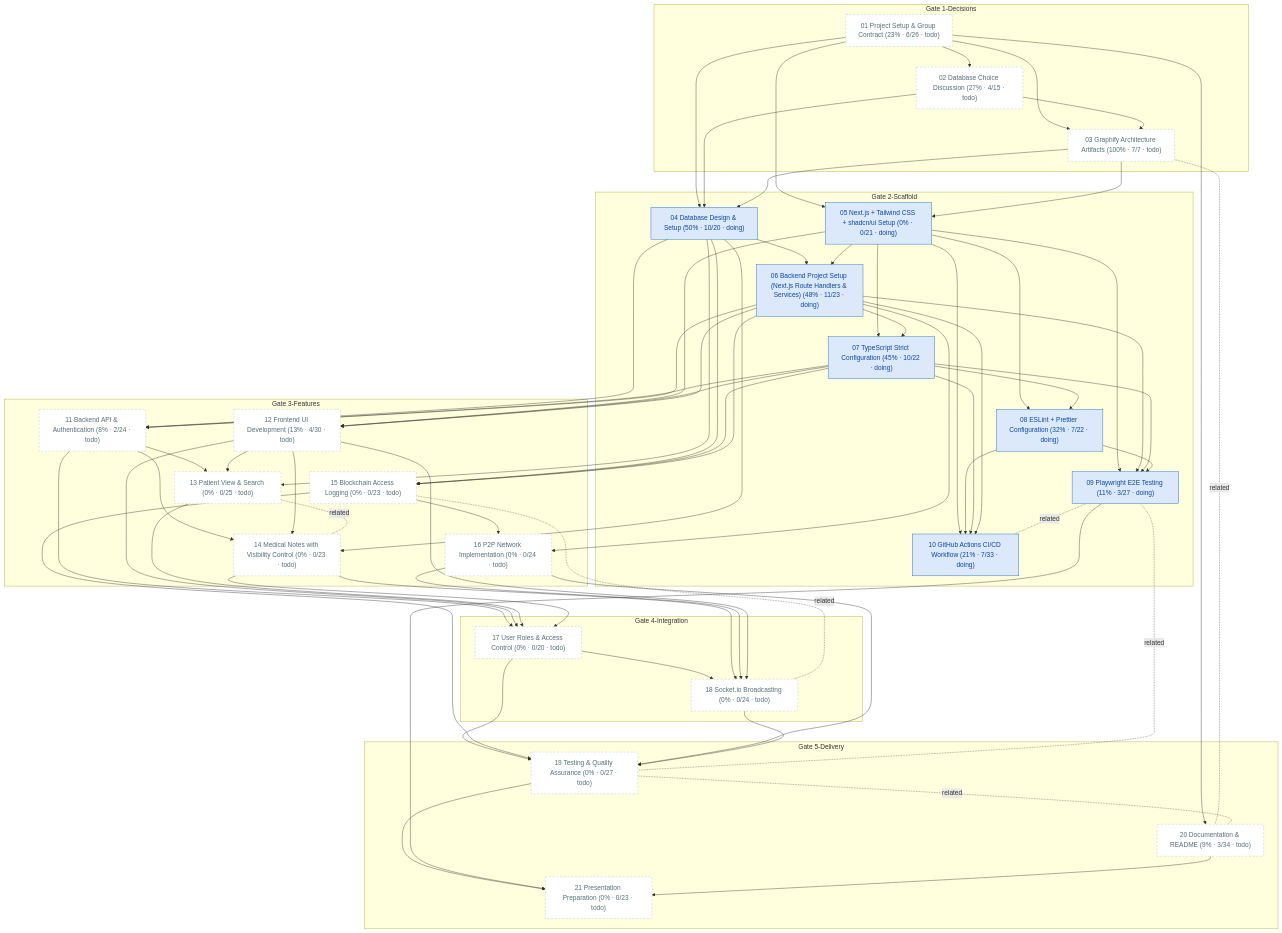
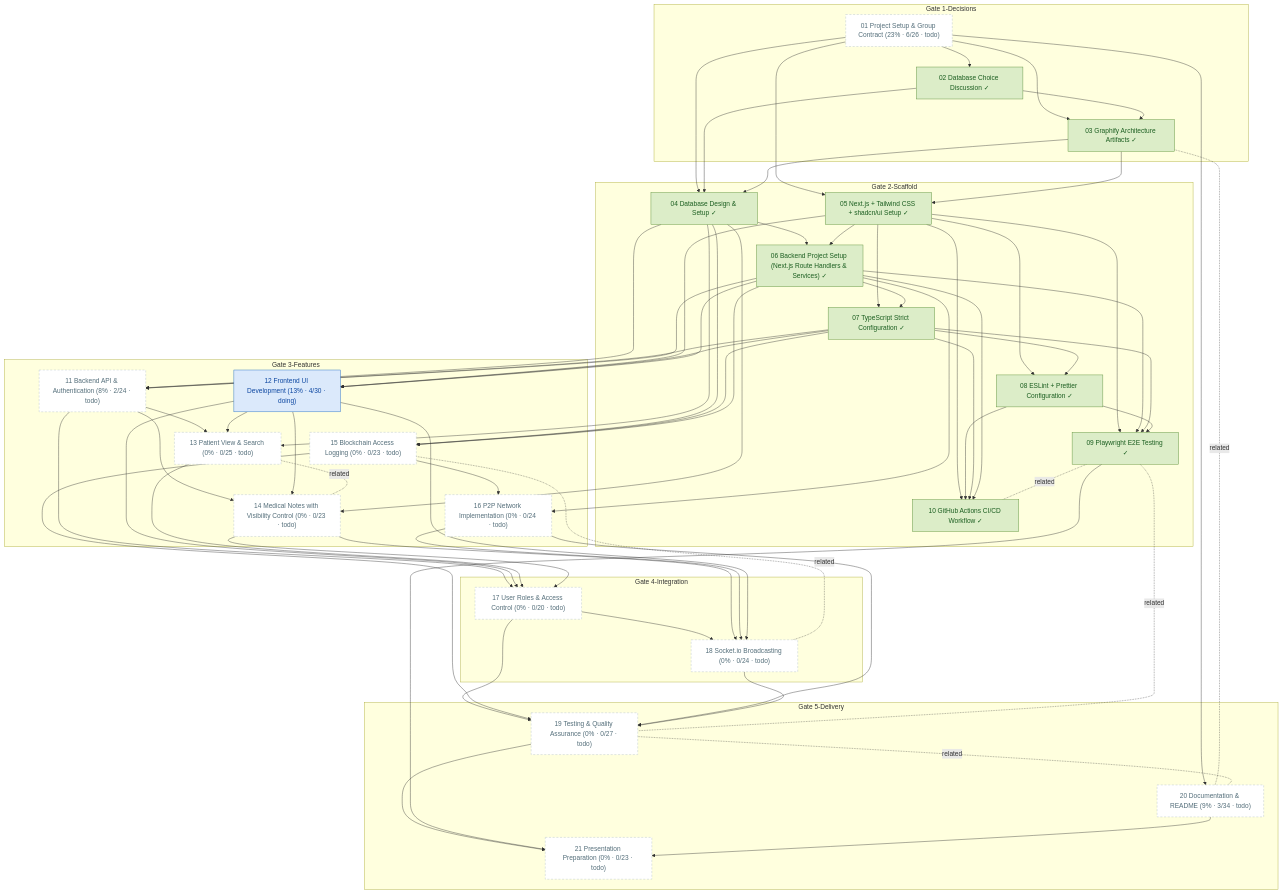
One commit to matdevstamp/inl-3-awesome-journal changed the diagram in docs/diagrams/task-dependencies.md. Above: the diagram before and after it, drawn with Mermaid. The commit also changed 14 other files, not shown here.

```diff
--- a/docs/diagrams/task-dependencies.md
+++ b/docs/diagrams/task-dependencies.md
@@ -31,21 +31,21 @@
     %% Colors: green done · blue in progress · dashed gray todo (not started)
     subgraph decisions["Gate 1-Decisions"]
     T01["01 Project Setup & Group Contract (23% · 6/26 · todo)"]
-    T02["02 Database Choice Discussion (27% · 4/15 · todo)"]
-    T03["03 Graphify Architecture Artifacts (100% · 7/7 · todo)"]
+    T02["02 Database Choice Discussion ✓"]
+    T03["03 Graphify Architecture Artifacts ✓"]
     end
     subgraph scaffold["Gate 2-Scaffold"]
-    T04["04 Database Design & Setup (50% · 10/20 · doing)"]
-    T05["05 Next.js + Tailwind CSS + shadcn/ui Setup (0% · 0/21 · doing)"]
-    T06["06 Backend Project Setup (Next.js Route Handlers & Services) (48% · 11/23 · doing)"]
-    T07["07 TypeScript Strict Configuration (45% · 10/22 · doing)"]
-    T08["08 ESLint + Prettier Configuration (32% · 7/22 · doing)"]
-    T09["09 Playwright E2E Testing (11% · 3/27 · doing)"]
-    T10["10 GitHub Actions CI/CD Workflow (21% · 7/33 · doing)"]
+    T04["04 Database Design & Setup ✓"]
+    T05["05 Next.js + Tailwind CSS + shadcn/ui Setup ✓"]
+    T06["06 Backend Project Setup (Next.js Route Handlers & Services) ✓"]
+    T07["07 TypeScript Strict Configuration ✓"]
+    T08["08 ESLint + Prettier Configuration ✓"]
+    T09["09 Playwright E2E Testing ✓"]
+    T10["10 GitHub Actions CI/CD Workflow ✓"]
     end
     subgraph features["Gate 3-Features"]
     T11["11 Backend API & Authentication (8% · 2/24 · todo)"]
-    T12["12 Frontend UI Development (13% · 4/30 · todo)"]
+    T12["12 Frontend UI Development (13% · 4/30 · doing)"]
     T13["13 Patient View & Search (0% · 0/25 · todo)"]
     T14["14 Medical Notes with Visibility Control (0% · 0/23 · todo)"]
     T15["15 Blockchain Access Logging (0% · 0/23 · todo)"]
@@ -125,17 +125,17 @@
     classDef doing fill:#dbe9fb,stroke:#1565c0,color:#0d47a1
     classDef todo fill:#ffffff,stroke:#b0bec5,color:#546e7a,stroke-dasharray:5 4
     class T01 todo;
-    class T02 todo;
-    class T03 todo;
-    class T04 doing;
-    class T05 doing;
-    class T06 doing;
-    class T07 doing;
-    class T08 doing;
-    class T09 doing;
-    class T10 doing;
+    class T02 done;
+    class T03 done;
+    class T04 done;
+    class T05 done;
+    class T06 done;
+    class T07 done;
+    class T08 done;
+    class T09 done;
+    class T10 done;
     class T11 todo;
-    class T12 todo;
+    class T12 doing;
     class T13 todo;
     class T14 todo;
     class T15 todo;
```
